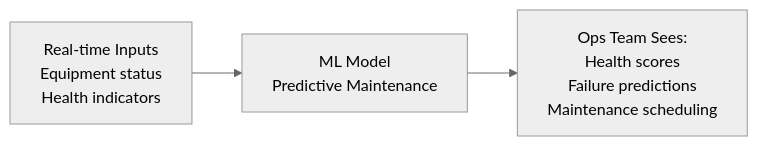
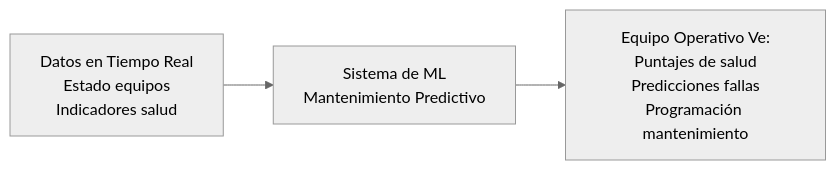
The ninth of 13 diagrams in PAE_Report.md (wonder-dmercadal/PublicReports), drawn with Mermaid (neutral theme) before and after one commit. The commit also changed other lines of this file, not shown here.

````diff
--- a/PAE_Report.md
+++ b/PAE_Report.md
@@ -119,5 +119,5 @@
 ```mermaid
 graph LR
-    A[Real-time Inputs<br/>Equipment status<br/>Health indicators] --> B[ML Model<br/>Predictive Maintenance]
-    B --> C[Ops Team Sees:<br/>Health scores<br/>Failure predictions<br/>Maintenance scheduling]
+    A[Datos en Tiempo Real<br/>Estado equipos<br/>Indicadores salud] --> B[Sistema de ML<br/>Mantenimiento Predictivo]
+    B --> C[Equipo Operativo Ve:<br/>Puntajes de salud<br/>Predicciones fallas<br/>Programación mantenimiento]
 ```
````
